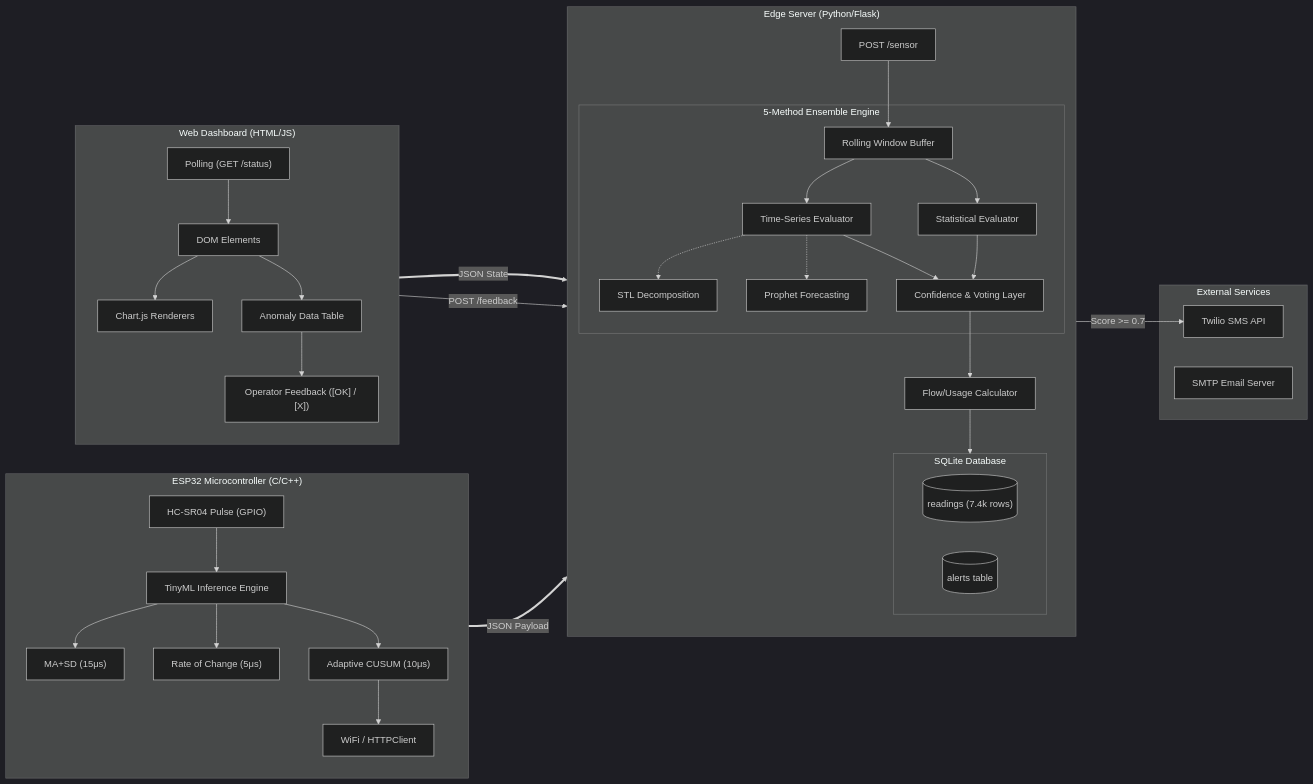
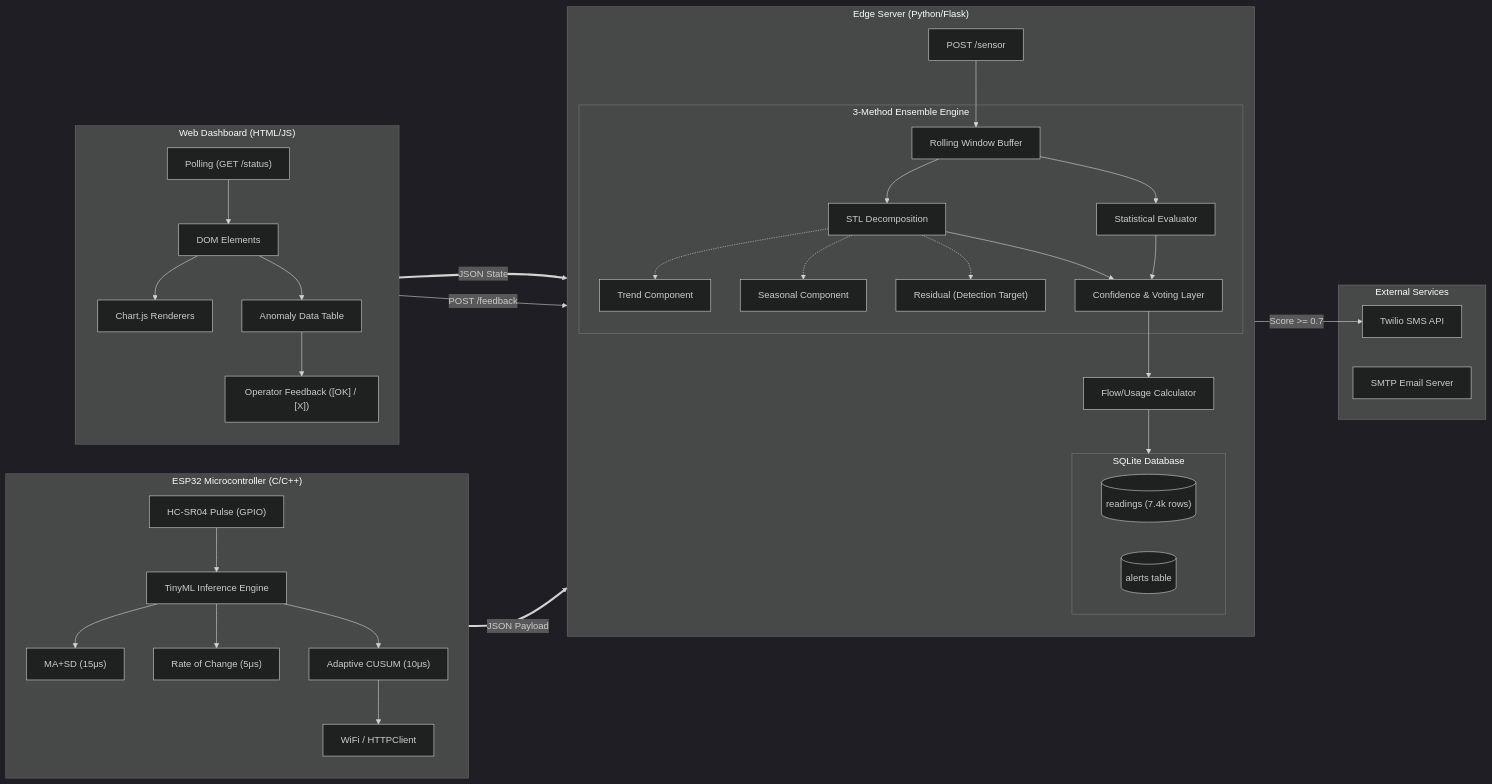
One commit to Pradnesh23/anomaly-detection-tank changed the second of 3 diagrams in README.md. Above: the diagram before and after it, drawn with Mermaid (dark theme). The commit also changed other lines of this file and 2 other files, not shown here.

Commit message:
Remove Prophet: STL-only pipeline, update README with latest F1 metrics and corrected diagrams

````diff
--- a/README.md
+++ b/README.md
@@ -34,59 +34,60 @@
 ```mermaid
 graph LR
     %% Hardware Tier
     subgraph ESP32["ESP32 Microcontroller (C/C++)"]
         direction TB
         HC["HC-SR04 Pulse (GPIO)"] --> TinyML["TinyML Inference Engine"]
         TinyML --> MA["MA+SD (15μs)"]
         TinyML --> ROC["Rate of Change (5μs)"]
         TinyML --> CUSUM["Adaptive CUSUM (10μs)"]
         CUSUM --> WiFi["WiFi / HTTPClient"]
     end
 
     %% Python Backend Tier
     subgraph Server["Edge Server (Python/Flask)"]
         direction TB
         Route["POST /sensor"] --> Buffer["Rolling Window Buffer"]
         
         %% Ensemble Engine
-        subgraph Ensemble["5-Method Ensemble Engine"]
+        subgraph Ensemble["3-Method Ensemble Engine"]
             Buffer --> StatEngine["Statistical Evaluator"]
-            Buffer --> TSAEngine["Time-Series Evaluator"]
-            TSAEngine -.-> STL["STL Decomposition"]
-            TSAEngine -.-> PROPHET["Prophet Forecasting"]
+            Buffer --> TSAEngine["STL Decomposition"]
+            TSAEngine -.-> Trend["Trend Component"]
+            TSAEngine -.-> Seasonal["Seasonal Component"]
+            TSAEngine -.-> Residual["Residual (Detection Target)"]
             StatEngine --> Voting["Confidence & Voting Layer"]
             TSAEngine --> Voting
         end
         
         Voting --> Flow["Flow/Usage Calculator"]
         
         %% Database
         subgraph DB["SQLite Database"]
             Readings[("readings (7.4k rows)")]
             Alerts[("alerts table")]
         end
         
         Flow --> DB
     end
 
     %% Client Tier
     subgraph Client["Web Dashboard (HTML/JS)"]
         direction TB
         Fetch["Polling (GET /status)"] --> DOM["DOM Elements"]
         DOM --> Charts["Chart.js Renderers"]
         DOM --> Log["Anomaly Data Table"]
         Log --> Operator["Operator Feedback ([OK] / [X])"]
     end
 
     %% Alerting out of band
     subgraph Notifications["External Services"]
         Twilio["Twilio SMS API"]
         Email["SMTP Email Server"]
     end
 
     %% Connections
     WiFi == "JSON Payload" ==> Route
     Voting -- "Score >= 0.7" --> Twilio
     Fetch == "JSON State" ==> DB
     Operator -- "POST /feedback" --> DB
 ```
````
